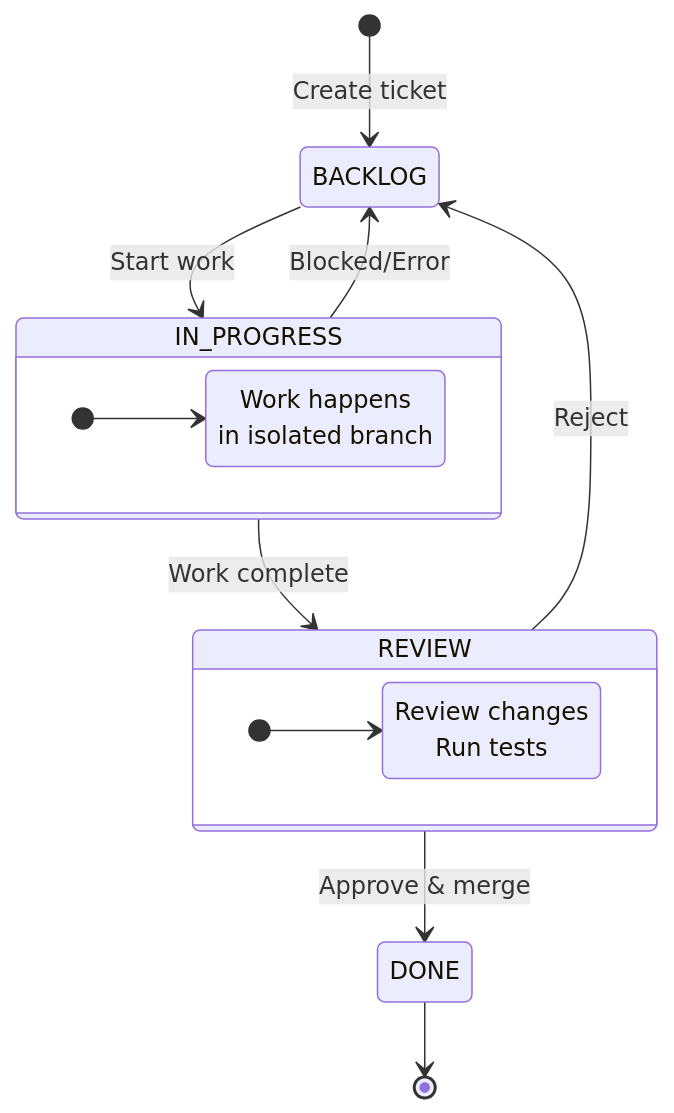
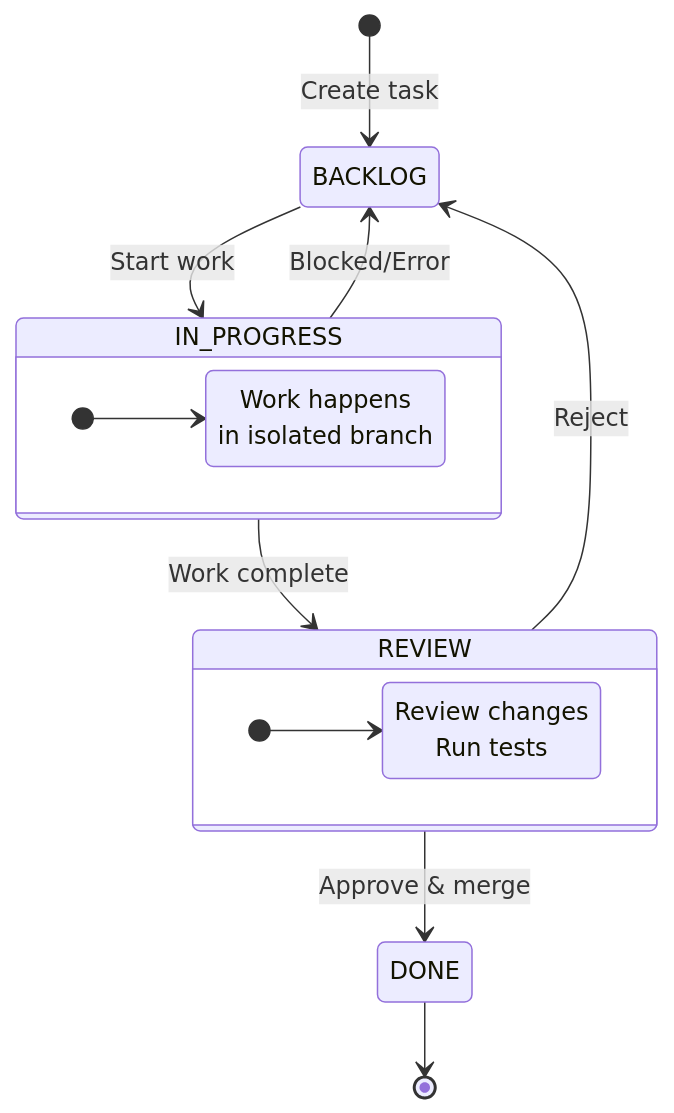
The second of 2 diagrams in docs/index.md (kagan-sh/kagan-legacy), drawn with Mermaid before and after one commit. The commit also changed other lines of this file and 353 other files, not shown here.

````diff
--- a/docs/index.md
+++ b/docs/index.md
@@ -127,26 +219,26 @@
 ```mermaid
 stateDiagram-v2
-    [*] --> BACKLOG: Create ticket
+    [*] --> BACKLOG: Create task
 
     BACKLOG --> IN_PROGRESS: Start work
 
     state IN_PROGRESS {
         direction LR
         [*] --> Working
         Working: Work happens<br/>in isolated branch
     }
 
     IN_PROGRESS --> REVIEW: Work complete
     IN_PROGRESS --> BACKLOG: Blocked/Error
 
     state REVIEW {
         direction LR
         [*] --> Reviewing
         Reviewing: Review changes<br/>Run tests
     }
 
     REVIEW --> DONE: Approve & merge
     REVIEW --> BACKLOG: Reject
 
     DONE --> [*]
 ```
````
